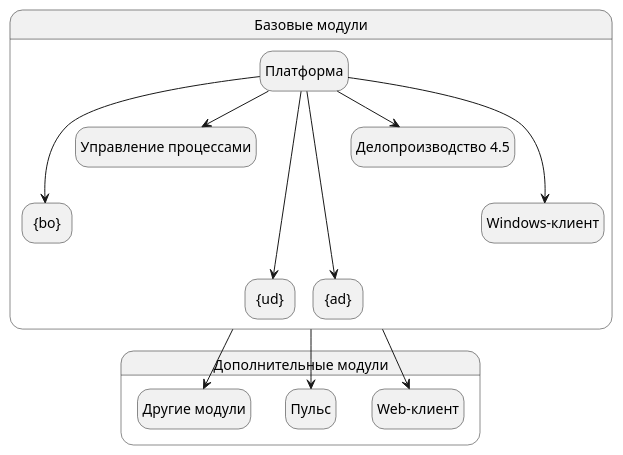
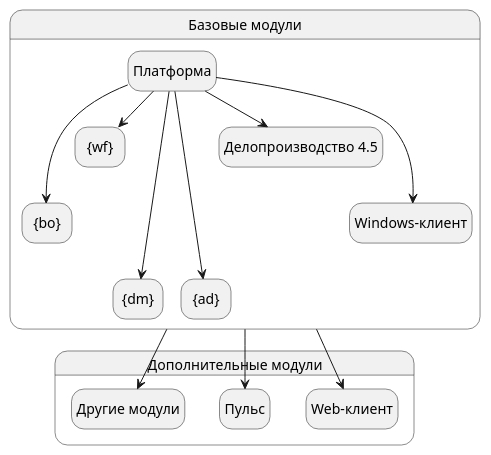
Before and after one commit to Docsvision/antora-install-guide: the diagram in modules/ROOT/pages/system-description.adoc, drawn with PlantUML. The commit also changed other lines of this file and 4 other files, not shown here.

```diff
--- a/modules/ROOT/pages/system-description.adoc
+++ b/modules/ROOT/pages/system-description.adoc
@@ -29,41 +29,41 @@
 [plantuml, svg]
 ....
 @startuml
 hide empty description
 '!pragma layout elk
 skinparam rectangleBorderThickness 1
 skinparam defaultTextAlignment center
 skinparam lifelineStrategy solid
 skinparam monochrome true
 
 State "Базовые модули" as base {
 
 State "Платформа" as platform
 State "{bo}" as baseobjects
-State "Управление процессами" as workflow
-State "{ud}" as documentmanagement
+State "{wf}" as workflow
+State "{dm}" as documentmanagement
 State "{ad}" as approvaldesigner
 State "Делопроизводство 4.5" as takeoffice
 State "Windows-клиент" as windowsclient
 }
 
 platform ---> baseobjects
 platform --> workflow
 platform --> takeoffice
 platform ---> windowsclient
 platform ----> documentmanagement
 platform ----> approvaldesigner
 
 State "Дополнительные модули" as additional {
 
 State "Web-клиент" as webclient
 State "Пульс" as pulse
 State "Другие модули" as other
 }
 
 base --> webclient
 base --> pulse
 base --> other
 
 @enduml
 ....
```
